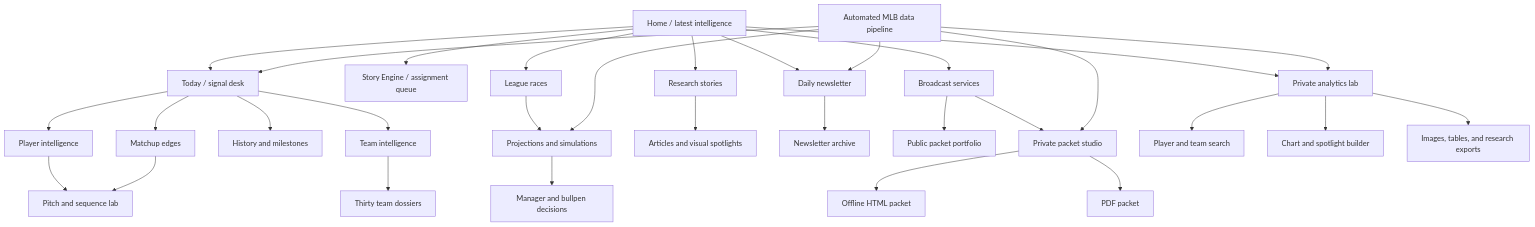
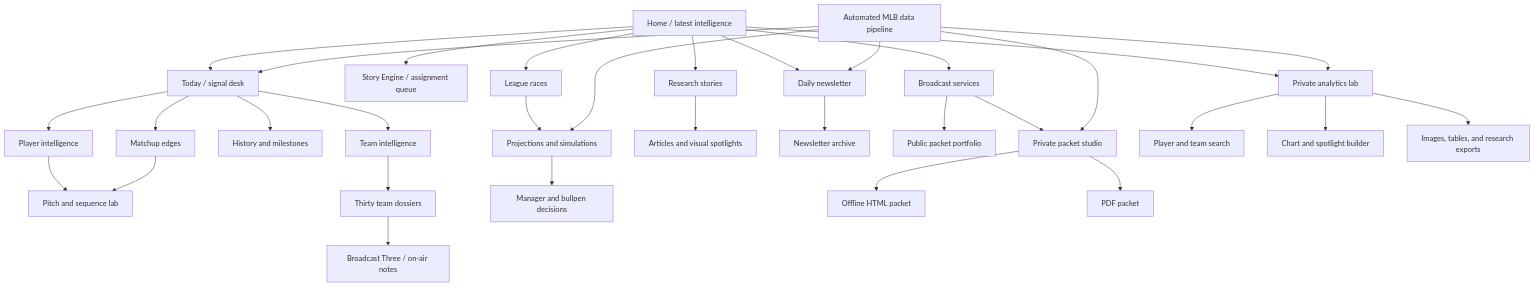
Before and after one commit to tjohnschultz/thesabrhood: the diagram in SITE-MAP.md, drawn with Mermaid. The commit also changed 123 other files, not shown here.

````diff
--- a/SITE-MAP.md
+++ b/SITE-MAP.md
@@ -7,33 +7,34 @@
 ```mermaid
 flowchart TD
   Home[Home / latest intelligence] --> Today[Today / signal desk]
   Home --> StoryDesk[Story Engine / assignment queue]
   Home --> Races[League races]
   Home --> Research[Research stories]
   Home --> Newsletter[Daily newsletter]
   Today --> Players[Player intelligence]
   Today --> Teams[Team intelligence]
   Today --> History[History and milestones]
   Today --> Matchups[Matchup edges]
   Players --> PitchLab[Pitch and sequence lab]
   Matchups --> PitchLab
   Teams --> TeamPages[Thirty team dossiers]
+  TeamPages --> BroadcastThree[Broadcast Three / on-air notes]
   Races --> Forecasts[Projections and simulations]
   Forecasts --> Decisions[Manager and bullpen decisions]
   Research --> StoryPages[Articles and visual spotlights]
   Newsletter --> Archive[Newsletter archive]
   Home --> Broadcast[Broadcast services]
   Broadcast --> PacketLibrary[Public packet portfolio]
   Broadcast --> PacketStudio[Private packet studio]
   PacketStudio --> HTML[Offline HTML packet]
   PacketStudio --> PDF[PDF packet]
   Home --> AnalyticsLab[Private analytics lab]
   AnalyticsLab --> PlayerSearch[Player and team search]
   AnalyticsLab --> ChartBuilder[Chart and spotlight builder]
   AnalyticsLab --> Downloads[Images, tables, and research exports]
   Data[Automated MLB data pipeline] --> Today
   Data --> Newsletter
   Data --> Forecasts
   Data --> PacketStudio
   Data --> AnalyticsLab
 ```
````
